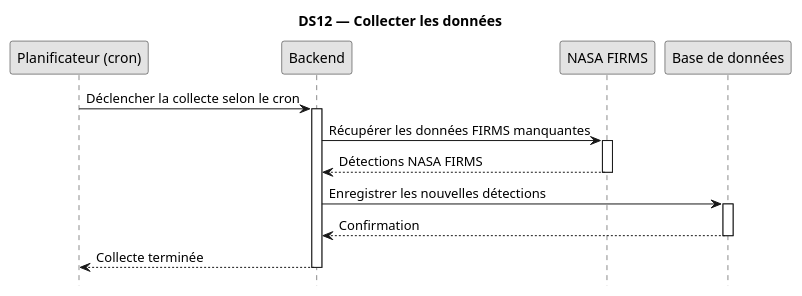
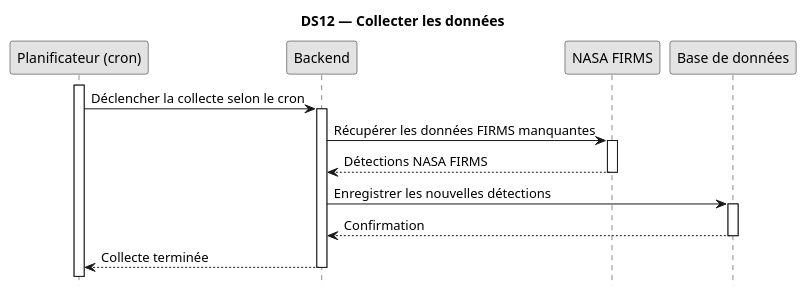
One commit to TkAbeleon/NoteAcemiqueProjetSoutenanceL3 changed the diagram in UML_JeryMotro/DS12_Collecter_donnees.plantuml. Above: the diagram before and after it, drawn with PlantUML. The commit also changed 15 other files, not shown here.

```diff
--- a/UML_JeryMotro/DS12_Collecter_donnees.plantuml
+++ b/UML_JeryMotro/DS12_Collecter_donnees.plantuml
@@ -1,26 +1,27 @@
 @startuml
 skinparam monochrome true
 
 title DS12 — Collecter les données
 hide footbox
 skinparam shadowing false
 
 participant "Planificateur (cron)" as C
 participant "Backend" as B
 participant "NASA FIRMS" as N
 participant "Base de données" as DB
 
+activate C
 C -> B : Déclencher la collecte selon le cron
 activate B
 B -> N : Récupérer les données FIRMS manquantes
 activate N
 N --> B : Détections NASA FIRMS
 deactivate N
 B -> DB : Enregistrer les nouvelles détections
 activate DB
 DB --> B : Confirmation
 deactivate DB
 B --> C : Collecte terminée
 deactivate B
 
 @enduml
```
